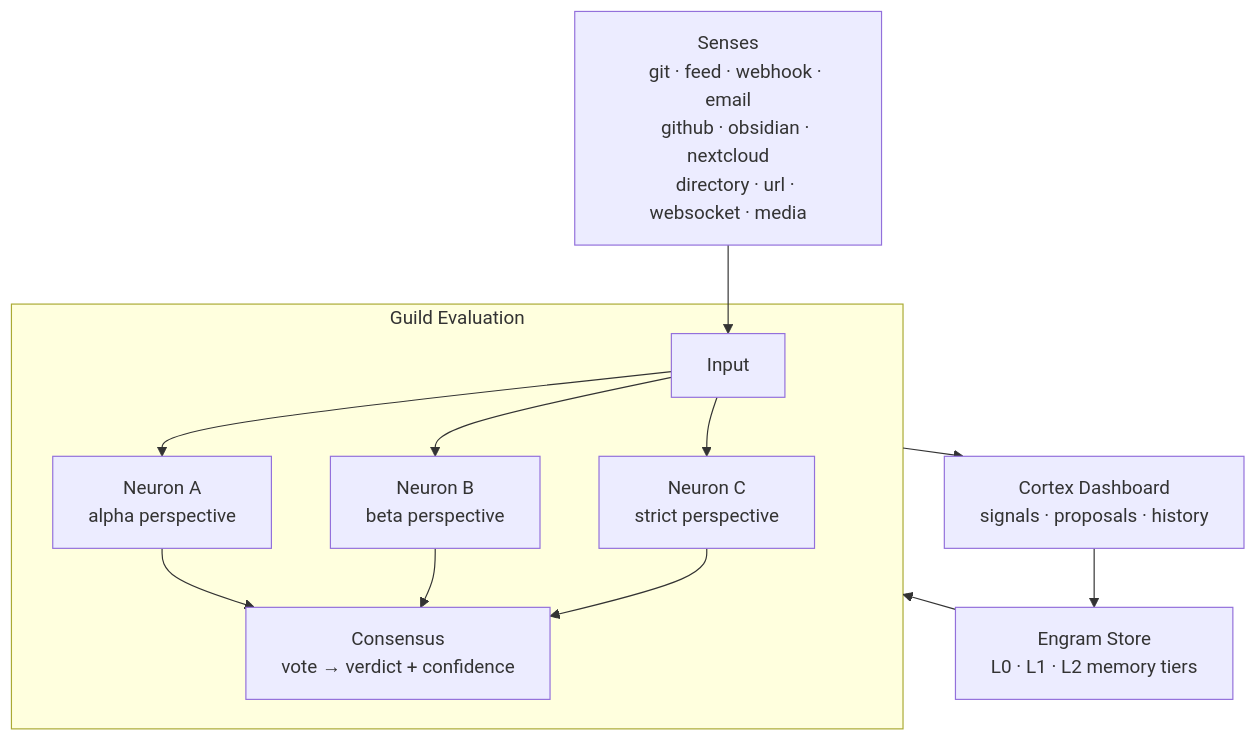
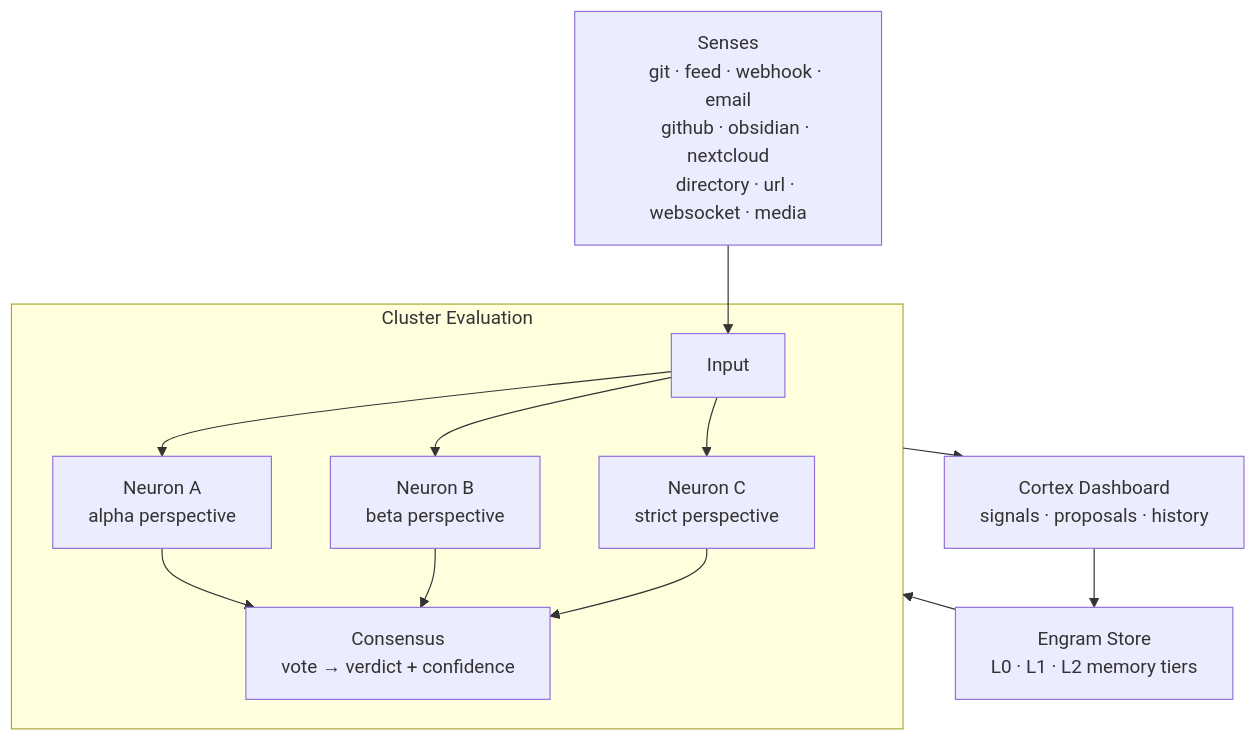
One commit to lessthanseventy/ex_cortex changed the first of 3 diagrams in README.md. Above: the diagram before and after it, drawn with Mermaid. The commit also changed other lines of this file, not shown here.

Commit message:
fix: replace outdated guild/lodge terminology with cluster/pathway

````diff
--- a/README.md
+++ b/README.md
@@ -208,26 +210,26 @@
 ```mermaid
 flowchart TD
     Sources["Senses
     git · feed · webhook · email
     github · obsidian · nextcloud
     directory · url · websocket · media"]
 
     Sources --> Input
 
-    subgraph Eval ["Guild Evaluation"]
+    subgraph Eval ["Cluster Evaluation"]
         Input --> NeuronA["Neuron A
         alpha perspective"]
         Input --> NeuronB["Neuron B
         beta perspective"]
         Input --> NeuronC["Neuron C
         strict perspective"]
         NeuronA & NeuronB & NeuronC --> Consensus["Consensus
         vote → verdict + confidence"]
     end
 
     Eval --> Cortex["Cortex Dashboard
     signals · proposals · history"]
     Cortex --> Memory["Engram Store
     L0 · L1 · L2 memory tiers"]
     Memory --> Eval
 ```
````
